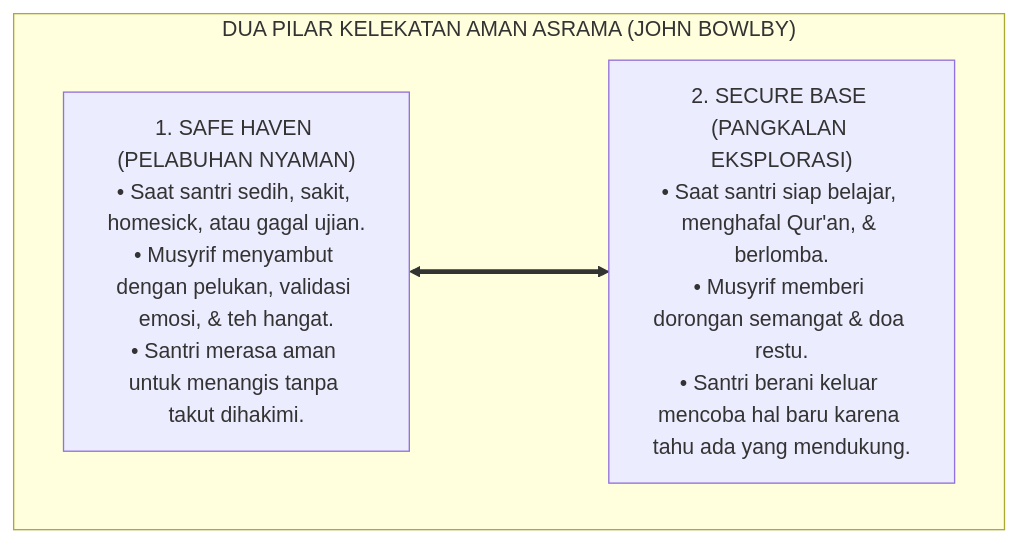
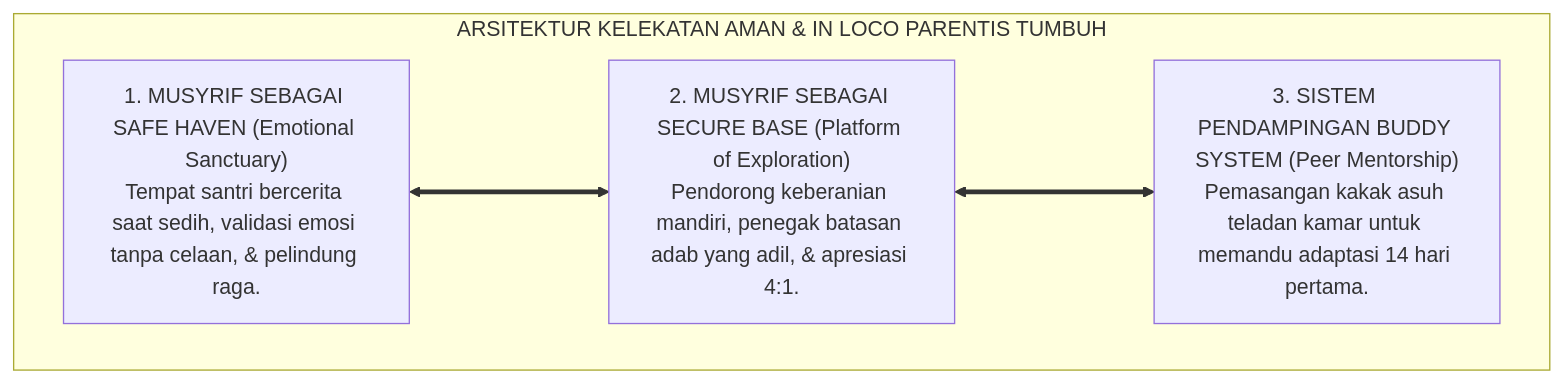
One commit to wandiapriliyandi/tumbuh changed the second of 3 diagrams in 02 Principles/04 Development Principles/P2-04-02-Prinsip-Keterikatan-Aman-dan-In-Loco-Parentis.md. Above: the diagram before and after it, drawn with Mermaid. The commit also changed other lines of this file and 7 other files, not shown here.

````diff
--- a/02 Principles/04 Development Principles/P2-04-02-Prinsip-Keterikatan-Aman-dan-In-Loco-Parentis.md
+++ b/02 Principles/04 Development Principles/P2-04-02-Prinsip-Keterikatan-Aman-dan-In-Loco-Parentis.md
@@ -105,10 +115,13 @@
 ```mermaid
-graph TD
-    subgraph TeoriKelekatanBowlbyAsrama["DUA PILAR KELEKATAN AMAN ASRAMA (JOHN BOWLBY)"]
-        SafeHaven["1. SAFE HAVEN (PELABUHAN NYAMAN)<br/>• Saat santri sedih, sakit, homesick, atau gagal ujian.<br/>• Musyrif menyambut dengan pelukan, validasi emosi, & teh hangat.<br/>• Santri merasa aman untuk menangis tanpa takut dihakimi."]
+flowchart TD
+    subgraph ArsitekturKelekatanTUMBUH["ARSITEKTUR KELEKATAN AMAN & IN LOCO PARENTIS TUMBUH"]
         
-        SecureBase["2. SECURE BASE (PANGKALAN EKSPLORASI)<br/>• Saat santri siap belajar, menghafal Qur'an, & berlomba.<br/>• Musyrif memberi dorongan semangat & doa restu.<br/>• Santri berani keluar mencoba hal baru karena tahu ada yang mendukung."]
+        A1_Sayap["1. MUSYRIF SEBAGAI SAFE HAVEN (Emotional Sanctuary)<br/>Tempat santri bercerita saat sedih, validasi emosi tanpa celaan, & pelindung raga."]
         
-        SafeHaven <===> SecureBase
+        A2_Sayap["2. MUSYRIF SEBAGAI SECURE BASE (Platform of Exploration)<br/>Pendorong keberanian mandiri, penegak batasan adab yang adil, & apresiasi 4:1."]
+        
+        A3_Sayap["3. SISTEM PENDAMPINGAN BUDDY SYSTEM (Peer Mentorship)<br/>Pemasangan kakak asuh teladan kamar untuk memandu adaptasi 14 hari pertama."]
+        
+        A1_Sayap <===> A2_Sayap <===> A3_Sayap
     end
 ```
````
